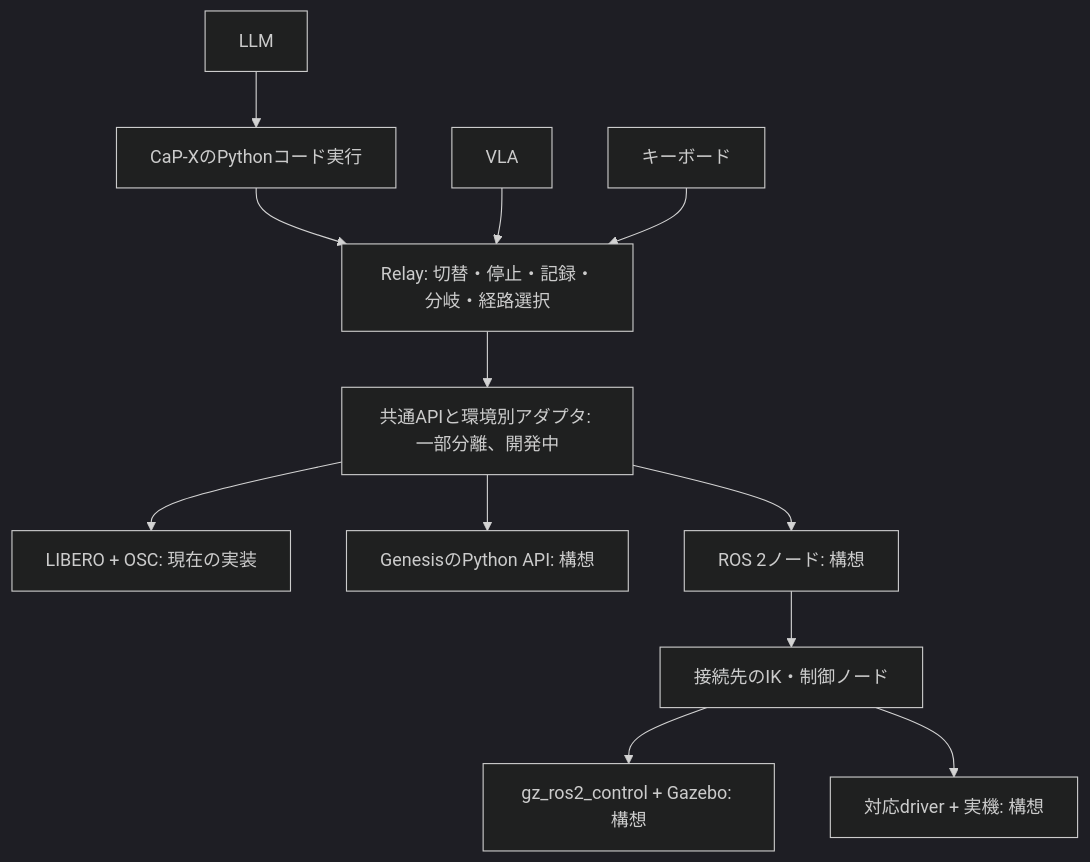
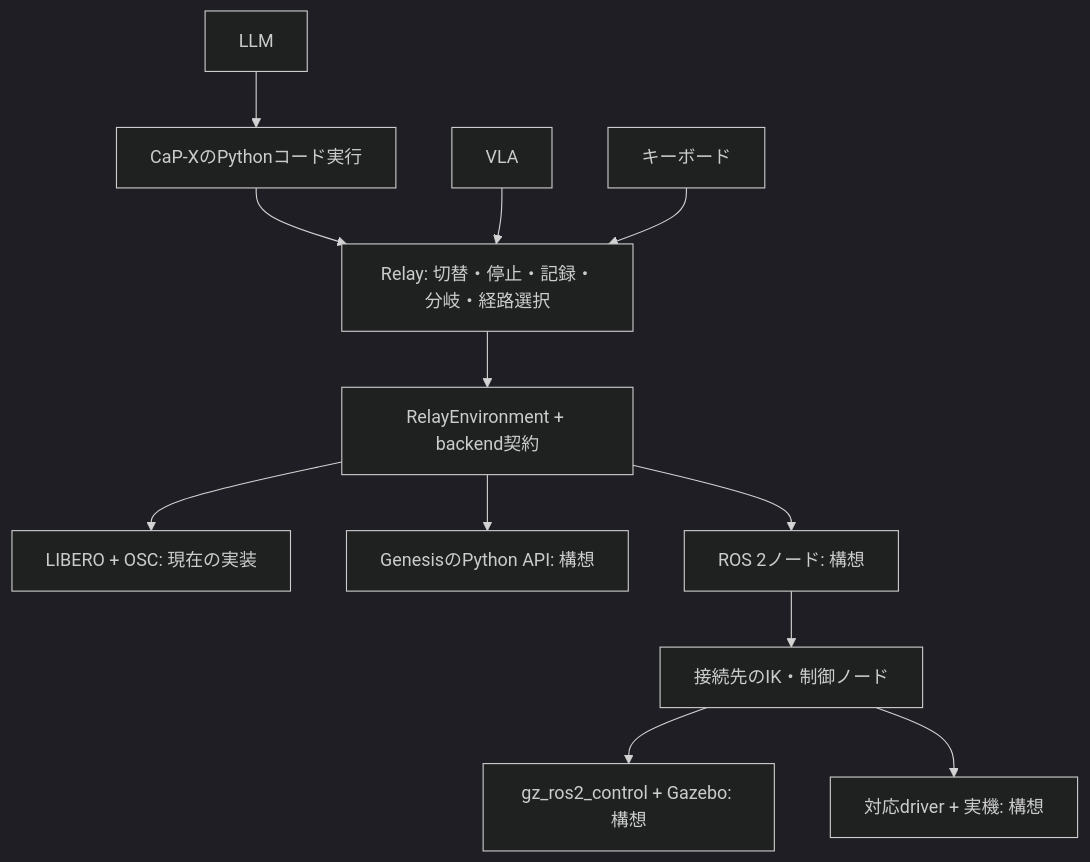
One commit to takumiecd/relay changed the diagram in docs/environment-adapters.md. Above: the diagram before and after it, drawn with Mermaid (dark theme). The commit also changed other lines of this file and 25 other files, not shown here.

````diff
--- a/docs/environment-adapters.md
+++ b/docs/environment-adapters.md
@@ -26,14 +84,14 @@
 ```mermaid
 flowchart TD
     L[LLM] --> C[CaP-XのPythonコード実行]
     C --> R[Relay: 切替・停止・記録・分岐・経路選択]
     V[VLA] --> R
     K[キーボード] --> R
-    R --> A[共通APIと環境別アダプタ: 一部分離、開発中]
+    R --> A[RelayEnvironment + backend契約]
     A --> B[LIBERO + OSC: 現在の実装]
     A --> G[GenesisのPython API: 構想]
     A --> N[ROS 2ノード: 構想]
     N --> T[接続先のIK・制御ノード]
     T --> Z[gz_ros2_control + Gazebo: 構想]
     T --> H[対応driver + 実機: 構想]
 ```
````
